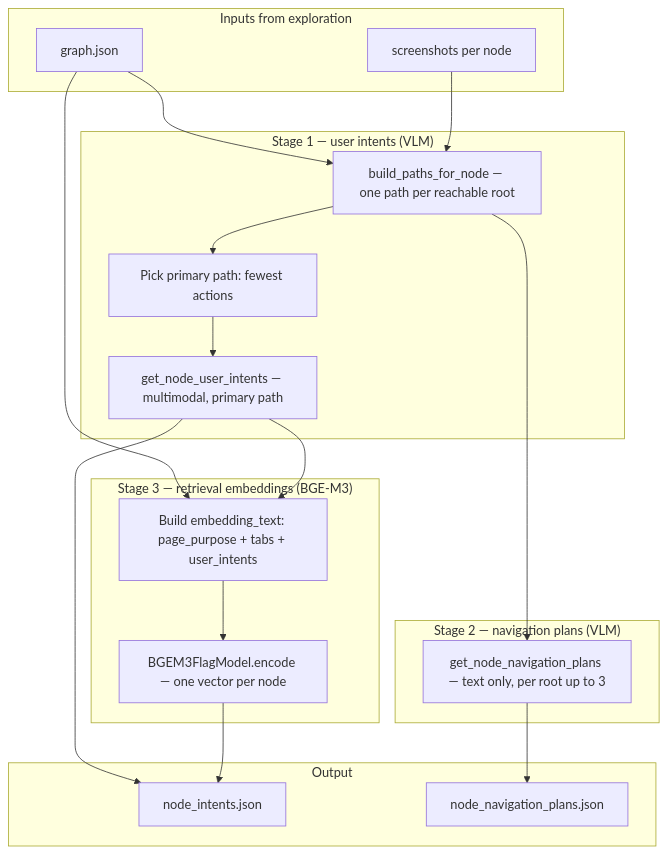
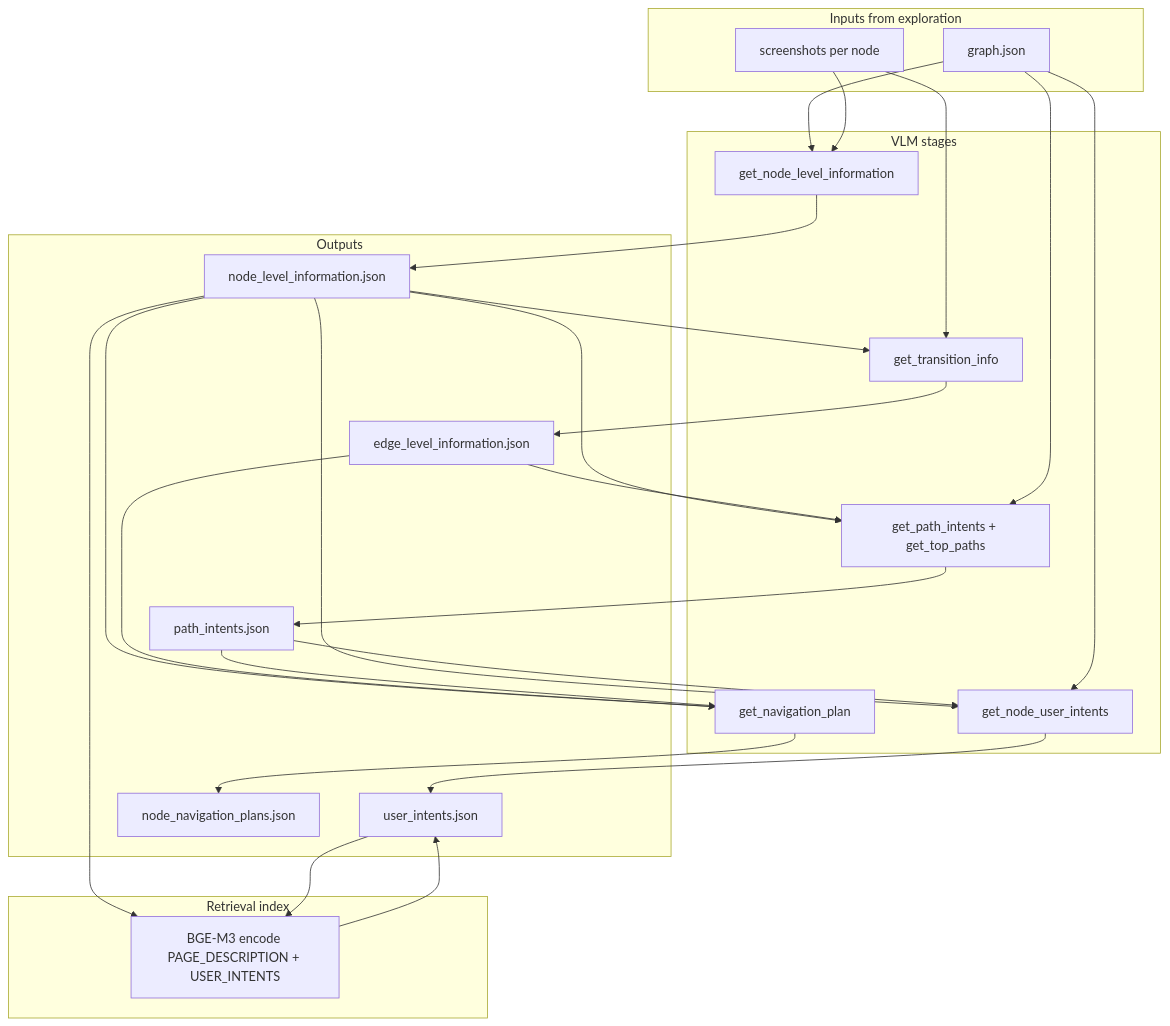
One commit to smehdia/AgentNavigator changed the first of 2 diagrams in exploration/README.md. Above: the diagram before and after it, drawn with Mermaid. The commit also changed other lines of this file and 17 other files, not shown here.

Commit message:
major update on post processing the graph for retrieval and plan generation

````diff
--- a/exploration/README.md
+++ b/exploration/README.md
@@ -312,32 +297,45 @@
 ```mermaid
 flowchart TB
   subgraph inputs["Inputs from exploration"]
     G[graph.json]
     S[screenshots per node]
   end
-  subgraph stage1["Stage 1 — user intents (VLM)"]
-    P[build_paths_for_node — one path per reachable root]
-    PR[Pick primary path: fewest actions]
-    UI[get_node_user_intents — multimodal, primary path]
+  subgraph vlm["VLM stages"]
+    NL[get_node_level_information]
+    TE[get_transition_info]
+    PI[get_path_intents + get_top_paths]
+    UI[get_node_user_intents]
+    NP[get_navigation_plan]
   end
-  subgraph stage2["Stage 2 — navigation plans (VLM)"]
-    NP[get_node_navigation_plans — text only, per root up to 3]
+  subgraph embed["Retrieval index"]
+    BGE[BGE-M3 encode PAGE_DESCRIPTION + USER_INTENTS]
   end
-  subgraph stage3["Stage 3 — retrieval embeddings (BGE-M3)"]
-    ET[Build embedding_text: page_purpose + tabs + user_intents]
-    EMB[BGEM3FlagModel.encode — one vector per node]
+  subgraph out["Outputs"]
+    J1[node_level_information.json]
+    J2[edge_level_information.json]
+    J3[path_intents.json]
+    J4[user_intents.json]
+    J5[node_navigation_plans.json]
   end
-  subgraph out["Output"]
-    J[node_intents.json]
-    N[node_navigation_plans.json]
-  end
-  G --> P
-  S --> P
-  P --> PR --> UI
-  P --> NP
-  UI --> J
-  NP --> N
-  G --> ET
-  UI --> ET
-  ET --> EMB --> J
+  G --> NL
+  S --> NL
+  NL --> J1
+  J1 --> TE
+  S --> TE
+  TE --> J2
+  J1 --> PI
+  J2 --> PI
+  G --> PI
+  PI --> J3
+  J1 --> UI
+  J3 --> UI
+  G --> UI
+  UI --> J4
+  J1 --> NP
+  J2 --> NP
+  J3 --> NP
+  NP --> J5
+  J1 --> BGE
+  J4 --> BGE
+  BGE --> J4
 ```
````
